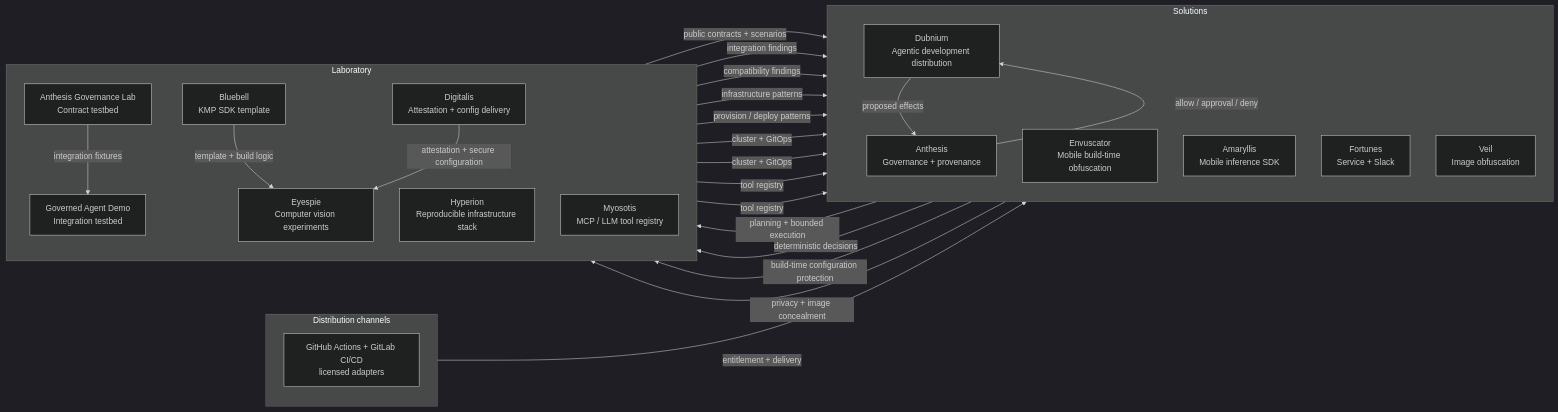
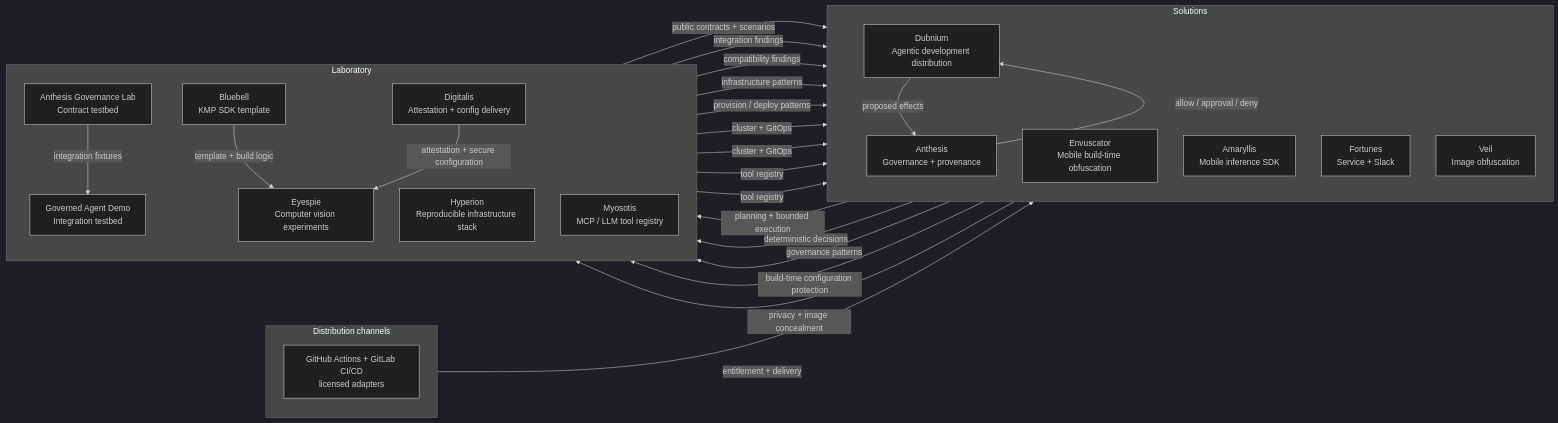
Before and after one commit to hackelia-micrantha/.github: the second of 2 diagrams in profile/README.md, drawn with Mermaid (dark theme).

Commit message:
Restore governance feedback edge

````diff
--- a/profile/README.md
+++ b/profile/README.md
@@ -89,51 +89,52 @@
 ```mermaid
 flowchart LR
   subgraph Delivery[Distribution channels]
     direction TB
     CI["GitHub Actions + GitLab CI/CD<br/>licensed adapters"]
   end
 
   subgraph Sol[Solutions]
     direction TB
     DB["Dubnium<br/>Agentic development distribution"]
     A["Anthesis<br/>Governance + provenance"]
     EN["Envuscator<br/>Mobile build-time obfuscation"]
     M["Amaryllis<br/>Mobile inference SDK"]
     F["Fortunes<br/>Service + Slack"]
     V["Veil<br/>Image obfuscation"]
   end
 
   subgraph Lab[Laboratory]
     direction TB
     GL["Anthesis Governance Lab<br/>Contract testbed"]
     GD["Governed Agent Demo<br/>Integration testbed"]
     H["Hyperion<br/>Reproducible infrastructure stack"]
     B["Bluebell<br/>KMP SDK template"]
     D["Digitalis<br/>Attestation + config delivery"]
     Y["Myosotis<br/>MCP / LLM tool registry"]
     E["Eyespie<br/>Computer vision experiments"]
   end
 
   DB -->|proposed effects| A
   A -->|allow / approval / deny| DB
 
   GL -->|public contracts + scenarios| A
   GL -->|integration fixtures| GD
   DB -->|planning + bounded execution| GD
   A -->|deterministic decisions| GD
   GD -->|integration findings| DB
   GD -->|compatibility findings| A
 
   H -->|infrastructure patterns| DB
   H -->|provision / deploy patterns| A
+  A -->|governance patterns| H
   H -->|cluster + GitOps| F
   H -->|cluster + GitOps| V
 
   CI -->|entitlement + delivery| EN
   EN -->|build-time configuration protection| E
   B -->|template + build logic| E
   D -->|attestation + secure configuration| E
   V -->|privacy + image concealment| E
   Y -->|tool registry| DB
   Y -->|tool registry| M
 ```
````
